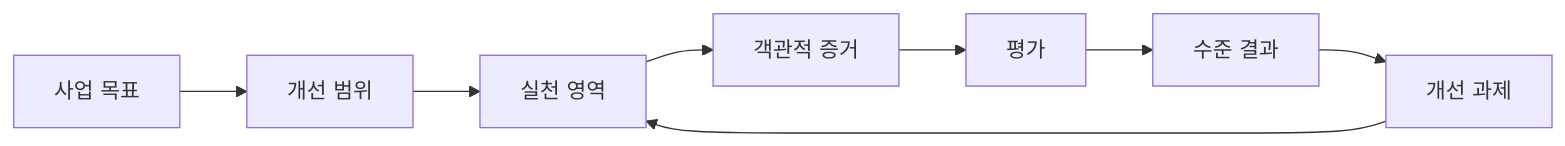
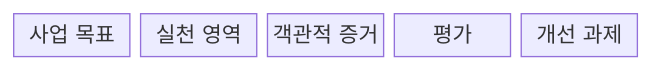
One commit to agnusdei1207/knowledge-base changed the first of 2 diagrams in src/content/docs/notes/03-software/070_cmmi_maturity_model.md. Above: the diagram before and after it, drawn with Mermaid. The commit also changed other lines of this file and 20 other files, not shown here.

````diff
--- a/src/content/docs/notes/03-software/070_cmmi_maturity_model.md
+++ b/src/content/docs/notes/03-software/070_cmmi_maturity_model.md
@@ -56,10 +54,9 @@
 ```mermaid
-flowchart LR
-    B[사업 목표] --> S[개선 범위]
-    S --> P[실천 영역]
-    P --> E[객관적 증거]
-    E --> A[평가]
-    A --> L[수준 결과]
-    L --> I[개선 과제]
-    I --> P
+block
+  columns 5
+  B["사업 목표"]
+  P["실천 영역"]
+  E["객관적 증거"]
+  A["평가"]
+  I["개선 과제"]
 ```
````
